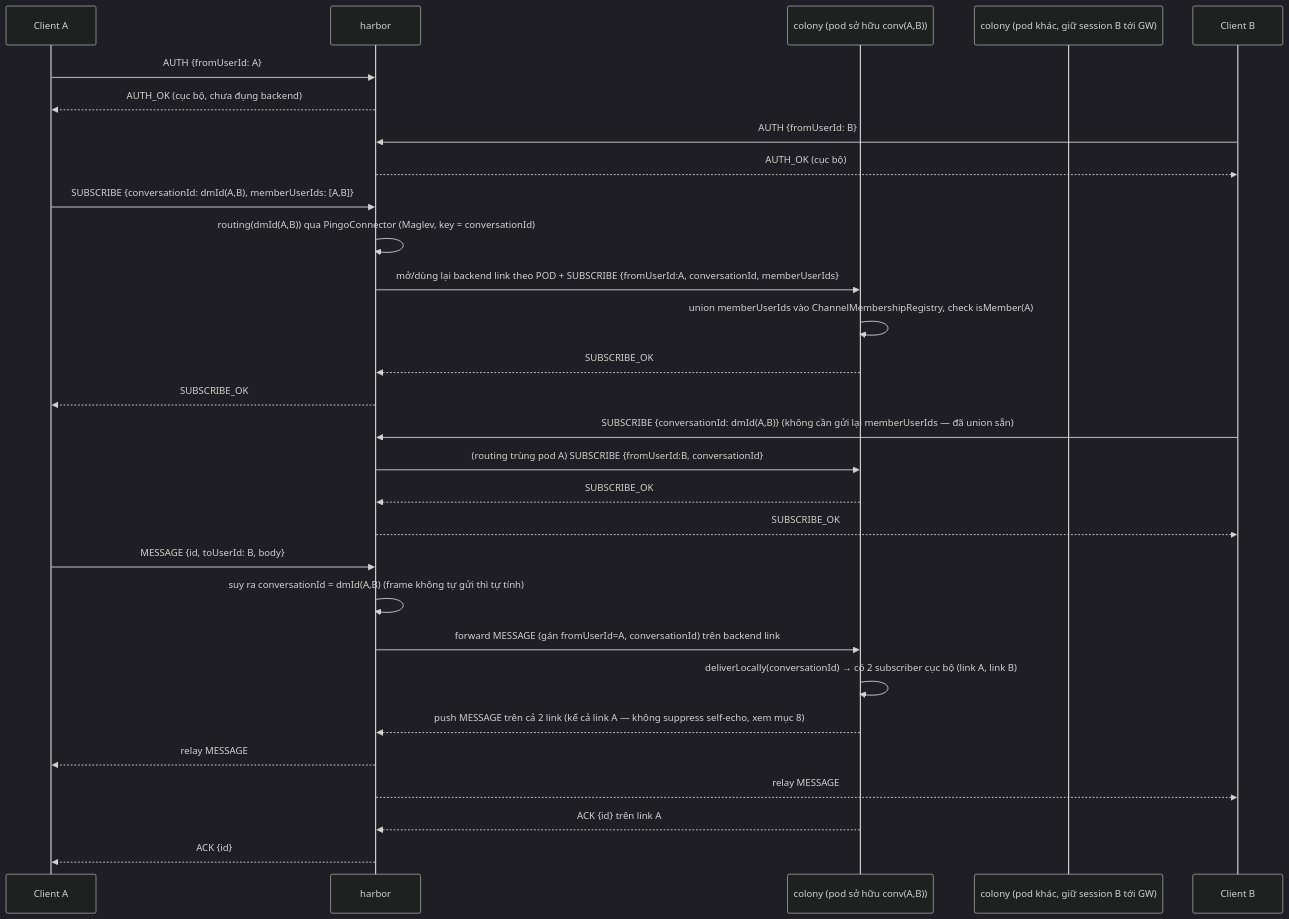
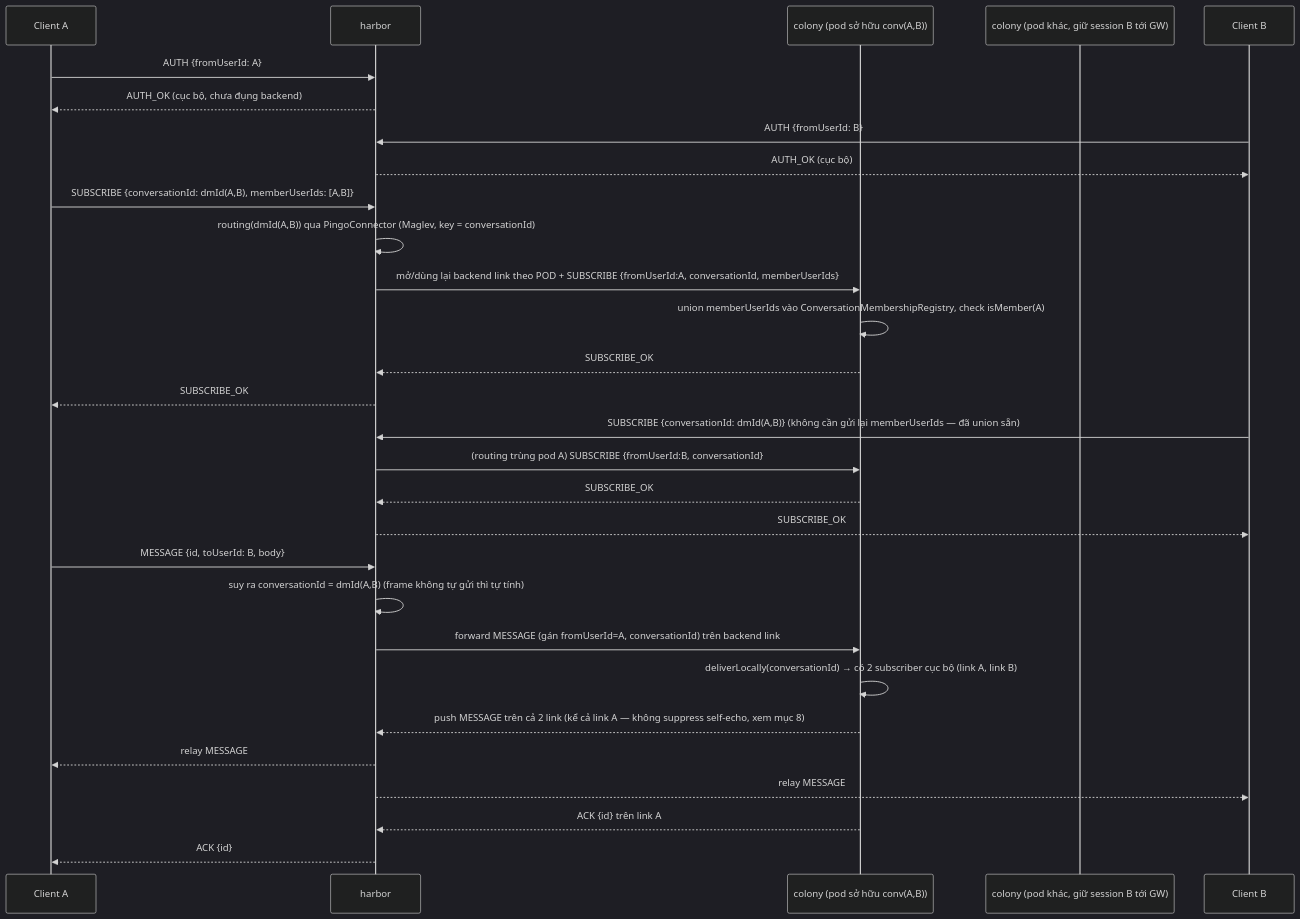
Before and after one commit to namnv98/pingo: the second of 3 diagrams in ARCHITECTURE.md, drawn with Mermaid (dark theme). The commit also changed other lines of this file and 670 other files, not shown here.

````diff
--- a/ARCHITECTURE.md
+++ b/ARCHITECTURE.md
@@ -117,36 +120,36 @@
 ```mermaid
 sequenceDiagram
     participant A as Client A
     participant GW as harbor
     participant MC_A as colony (pod sở hữu conv(A,B))
     participant MC_B as colony (pod khác, giữ session B tới GW)
     participant B as Client B
 
     A->>GW: AUTH {fromUserId: A}
     GW-->>A: AUTH_OK (cục bộ, chưa đụng backend)
 
     B->>GW: AUTH {fromUserId: B}
     GW-->>B: AUTH_OK (cục bộ)
 
     A->>GW: SUBSCRIBE {conversationId: dmId(A,B), memberUserIds: [A,B]}
     GW->>GW: routing(dmId(A,B)) qua PingoConnector (Maglev, key = conversationId)
     GW->>MC_A: mở/dùng lại backend link theo POD + SUBSCRIBE {fromUserId:A, conversationId, memberUserIds}
-    MC_A->>MC_A: union memberUserIds vào ChannelMembershipRegistry, check isMember(A)
+    MC_A->>MC_A: union memberUserIds vào ConversationMembershipRegistry, check isMember(A)
     MC_A-->>GW: SUBSCRIBE_OK
     GW-->>A: SUBSCRIBE_OK
 
     B->>GW: SUBSCRIBE {conversationId: dmId(A,B)} (không cần gửi lại memberUserIds — đã union sẵn)
     GW->>MC_A: (routing trùng pod A) SUBSCRIBE {fromUserId:B, conversationId}
     MC_A-->>GW: SUBSCRIBE_OK
     GW-->>B: SUBSCRIBE_OK
 
     A->>GW: MESSAGE {id, toUserId: B, body}
     GW->>GW: suy ra conversationId = dmId(A,B) (frame không tự gửi thì tự tính)
     GW->>MC_A: forward MESSAGE (gán fromUserId=A, conversationId) trên backend link
     MC_A->>MC_A: deliverLocally(conversationId) → có 2 subscriber cục bộ (link A, link B)
     MC_A-->>GW: push MESSAGE trên cả 2 link (kể cả link A — không suppress self-echo, xem mục 8)
     GW-->>A: relay MESSAGE
     GW-->>B: relay MESSAGE
     MC_A-->>GW: ACK {id} trên link A
     GW-->>A: ACK {id}
 ```
````
